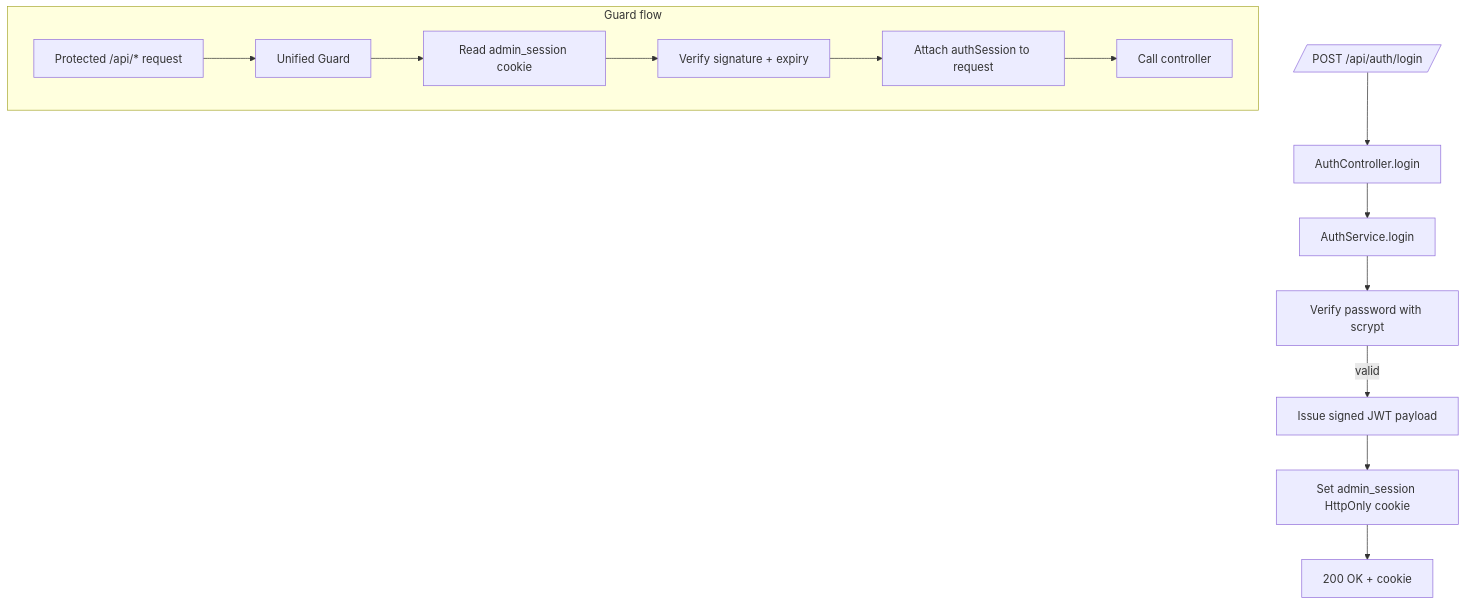
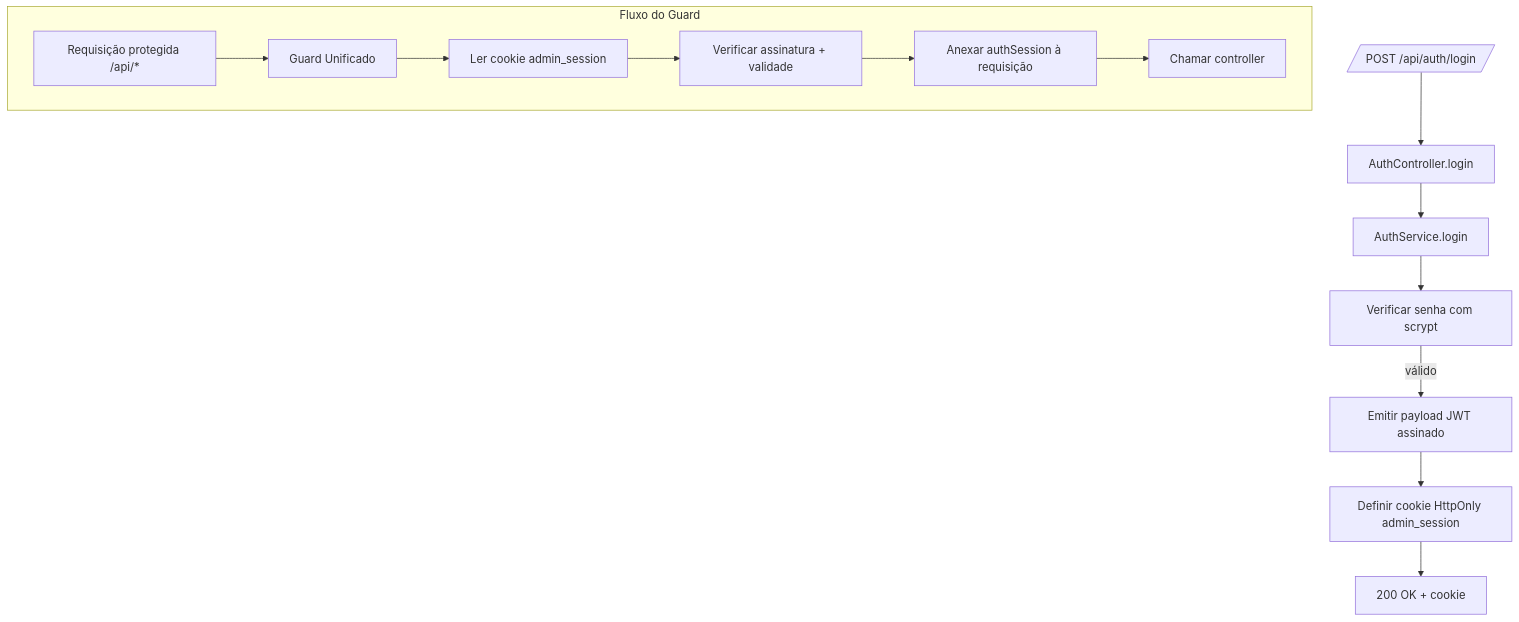
The third of 3 diagrams in back/README.md (matheuscastroks/projeto-tfc), drawn with Mermaid before and after one commit. The commit also changed other lines of this file and 4 other files, not shown here.

````diff
--- a/back/README.md
+++ b/back/README.md
@@ -159,17 +159,17 @@
 ```mermaid
 flowchart TD
   LoginReq[/POST /api/auth/login/] --> AuthController_Login[AuthController.login]
   AuthController_Login --> AuthService_Login[AuthService.login]
-  AuthService_Login --> HashVerify[Verify password with scrypt]
-  HashVerify -->|valid| IssueJWT[Issue signed JWT payload]
-  IssueJWT --> SetCookie[Set admin_session HttpOnly cookie]
+  AuthService_Login --> HashVerify[Verificar senha com scrypt]
+  HashVerify -->|válido| IssueJWT[Emitir payload JWT assinado]
+  IssueJWT --> SetCookie[Definir cookie HttpOnly admin_session]
   SetCookie --> LoginRes[200 OK + cookie]
 
-  subgraph Guard_Flow[Guard flow]
-    ProtectedReq[Protected /api/* request] --> UnifiedGuard[Unified Guard]
-    UnifiedGuard --> ReadCookie[Read admin_session cookie]
-    ReadCookie --> VerifyJWT[Verify signature + expiry]
-    VerifyJWT --> AttachSession[Attach authSession to request]
-    AttachSession --> Continue[Call controller]
+  subgraph Guard_Flow[Fluxo do Guard]
+    ProtectedReq[Requisição protegida /api/*] --> UnifiedGuard[Guard Unificado]
+    UnifiedGuard --> ReadCookie[Ler cookie admin_session]
+    ReadCookie --> VerifyJWT[Verificar assinatura + validade]
+    VerifyJWT --> AttachSession[Anexar authSession à requisição]
+    AttachSession --> Continue[Chamar controller]
   end
 ```
````
